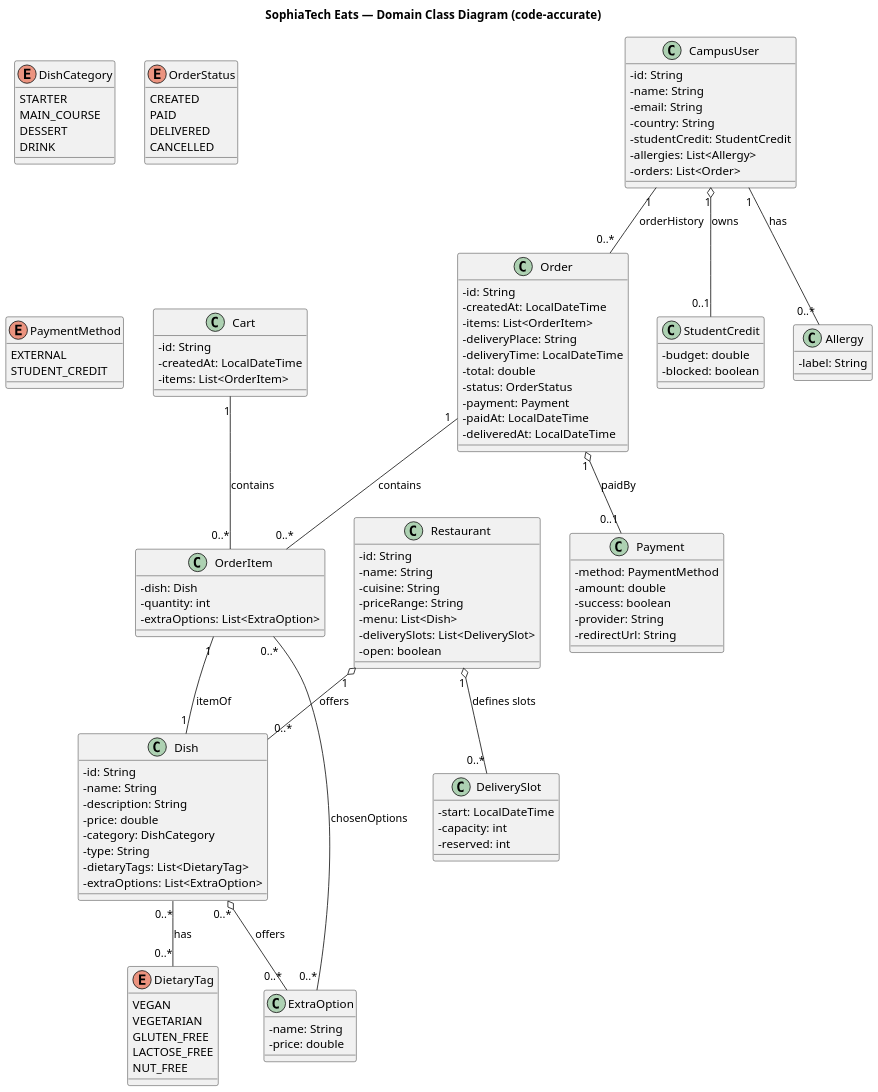
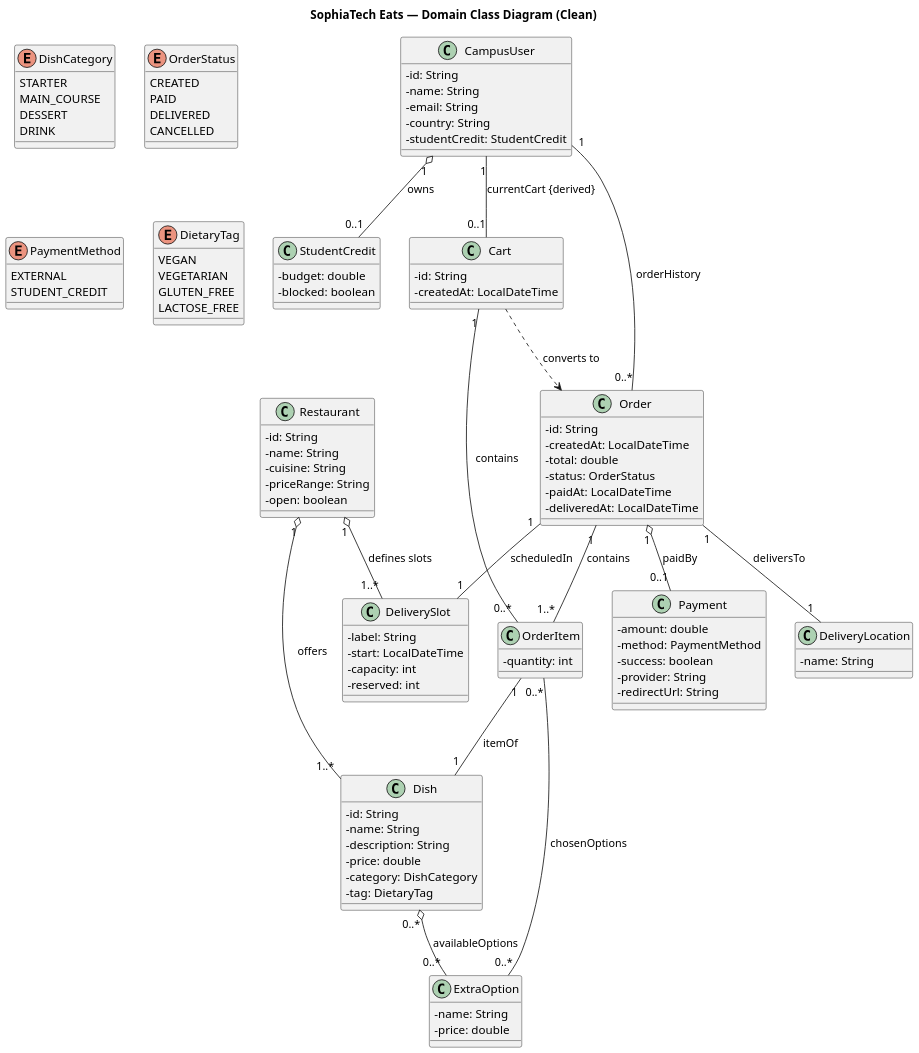
Before and after one commit to StefanB07/SophiaEats: the diagram in diagramsA2/DomainClassDiagram.puml, drawn with PlantUML. The commit also changed 2 other files, not shown here.

Commit message:
Diagrame

```diff
--- a/diagramsA2/DomainClassDiagram.puml
+++ b/diagramsA2/DomainClassDiagram.puml
@@ -1,143 +1,122 @@
 @startuml
-title SophiaTech Eats — Domain Class Diagram (code-accurate)
+title SophiaTech Eats — Domain Class Diagram (Clean)
 
 skinparam classAttributeIconSize 0
 skinparam dpi 140
 skinparam shadowing false
 
-' ===== Enums (as in code) =====
+' ==== Enums ====
 enum DishCategory {
-  STARTER
-  MAIN_COURSE
-  DESSERT
-  DRINK
+STARTER
+MAIN_COURSE
+DESSERT
+DRINK
+}
+enum OrderStatus {
+CREATED
+PAID
+DELIVERED
+CANCELLED
+}
+enum PaymentMethod {
+EXTERNAL
+STUDENT_CREDIT
+}
+enum DietaryTag {
+VEGAN
+VEGETARIAN
+GLUTEN_FREE
+LACTOSE_FREE
 }
 
-enum OrderStatus {
-  CREATED
-  PAID
-  DELIVERED
-  CANCELLED
-}
-
-enum PaymentMethod {
-  EXTERNAL
-  STUDENT_CREDIT
-}
-
-enum DietaryTag {
-  VEGAN
-  VEGETARIAN
-  GLUTEN_FREE
-  LACTOSE_FREE
-  NUT_FREE
-}
-
-' ===== Classes (from current code) =====
+' ==== Core domain only essential attributes ====
 class CampusUser {
   - id: String
   - name: String
   - email: String
   - country: String
   - studentCredit: StudentCredit
-  - allergies: List<Allergy>
-  - orders: List<Order>
 }
-
 class StudentCredit {
-  - budget: double
-  - blocked: boolean
-}
-
-class Allergy {
-  - label: String
+ - budget: double
+ - blocked: boolean
 }
 
 class Cart {
-  - id: String
-  - createdAt: LocalDateTime
-  - items: List<OrderItem>
+- id: String
+- createdAt: LocalDateTime
 }
 
 class Order {
   - id: String
   - createdAt: LocalDateTime
-  - items: List<OrderItem>
-  - deliveryPlace: String
-  - deliveryTime: LocalDateTime
   - total: double
   - status: OrderStatus
-  - payment: Payment
   - paidAt: LocalDateTime
   - deliveredAt: LocalDateTime
 }
 
 class OrderItem {
-  - dish: Dish
-  - quantity: int
-  - extraOptions: List<ExtraOption>
+- quantity: int
 }
 
 class Payment {
+  - amount: double
   - method: PaymentMethod
-  - amount: double
   - success: boolean
   - provider: String
   - redirectUrl: String
 }
 
 class Restaurant {
   - id: String
   - name: String
   - cuisine: String
   - priceRange: String
-  - menu: List<Dish>
-  - deliverySlots: List<DeliverySlot>
   - open: boolean
 }
 
 class DeliverySlot {
+  - label: String
   - start: LocalDateTime
   - capacity: int
   - reserved: int
+}
+
+class DeliveryLocation {
+- name: String
 }
 
 class Dish {
   - id: String
   - name: String
   - description: String
   - price: double
   - category: DishCategory
-  - type: String
-  - dietaryTags: List<DietaryTag>
-  - extraOptions: List<ExtraOption>
+  - tag: DietaryTag
+}
+class ExtraOption {
+- name: String
+- price: double
 }
 
-class ExtraOption {
-  - name: String
-  - price: double
-}
-
-' ===== Associations (what the actual code implies) =====
 CampusUser "1" o-- "0..1" StudentCredit : owns
-CampusUser "1" -- "0..*" Allergy : has
+CampusUser "1" -- "0..1" Cart : currentCart {derived}
 CampusUser "1" -- "0..*" Order : orderHistory
 
 Cart "1" -- "0..*" OrderItem : contains
+Cart ..> Order : converts to
 
-Order "1" -- "0..*" OrderItem : contains
+Order "1" -- "1..*" OrderItem : contains
 Order "1" o-- "0..1" Payment : paidBy
+Order "1" -- "1" DeliverySlot : scheduledIn
+Order "1" -- "1" DeliveryLocation : deliversTo
 
 OrderItem "1" -- "1" Dish : itemOf
 OrderItem "0..*" -- "0..*" ExtraOption : chosenOptions
 
-Restaurant "1" o-- "0..*" Dish : offers
-Restaurant "1" o-- "0..*" DeliverySlot : defines slots
+Restaurant "1" o-- "1..*" DeliverySlot : defines slots
+Restaurant "1" o-- "1..*" Dish : offers
 
-Dish "0..*" -- "0..*" DietaryTag : has
-Dish "0..*" o-- "0..*" ExtraOption : offers
-
-' Note: In current code, Order stores deliveryPlace (String) and deliveryTime (LocalDateTime),
-' not a reference to DeliverySlot.
-
+Dish "0..*" o-- "0..*" ExtraOption : availableOptions
 @enduml
```
